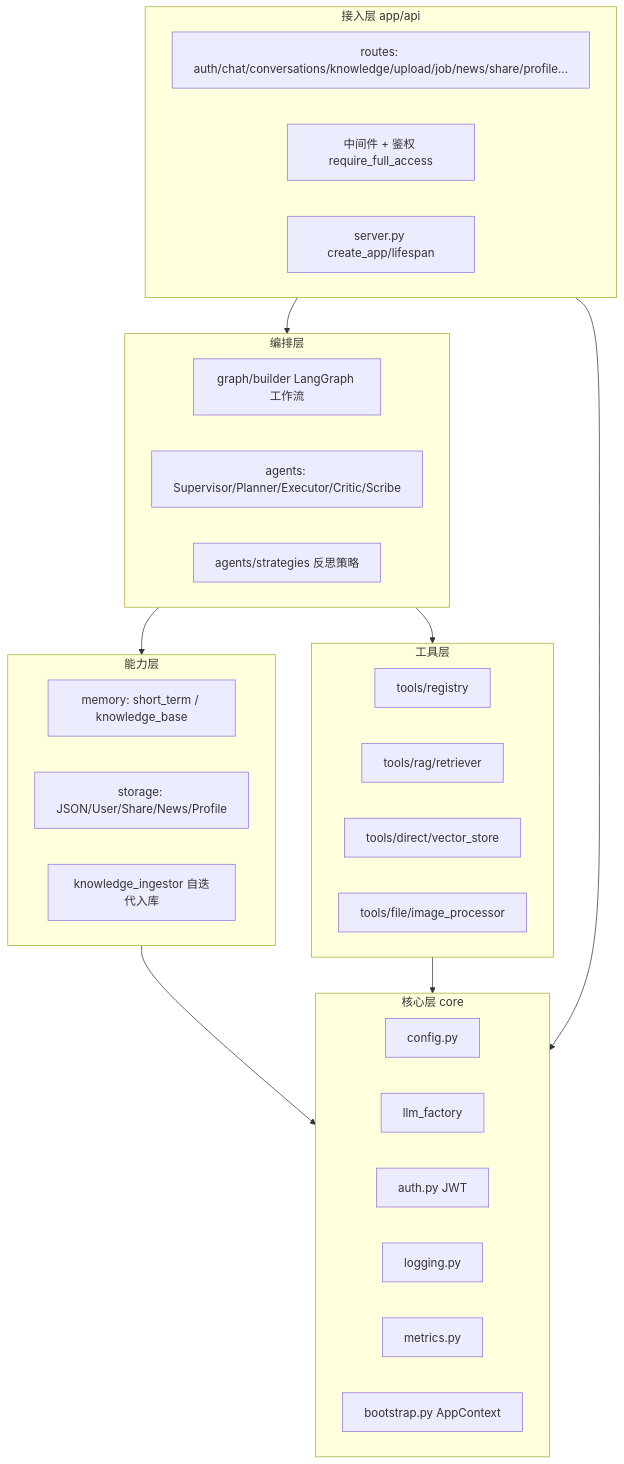
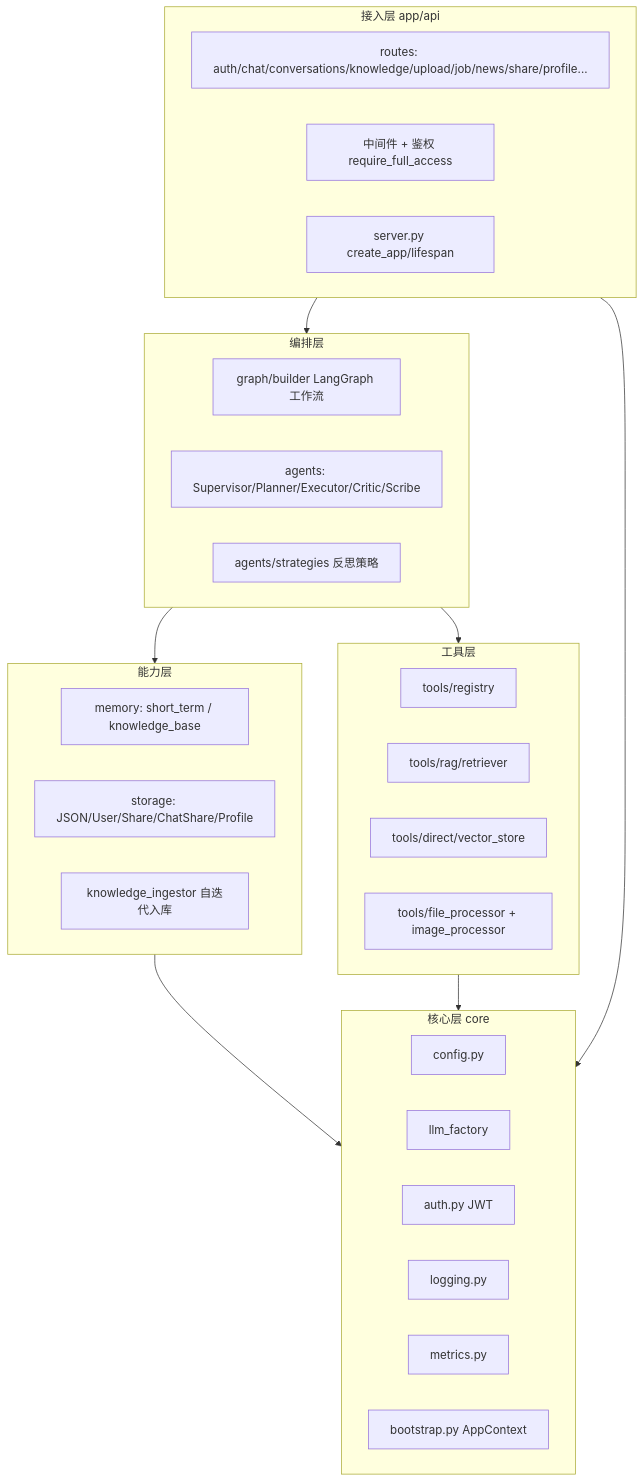
One commit to bozhang1214/SelfEvolvingKnowledgeBase changed the third of 4 diagrams in docs/tech/01-ARCHITECTURE.md. Above: the diagram before and after it, drawn with Mermaid. The commit also changed other lines of this file and 28 other files, not shown here.

````diff
--- a/docs/tech/01-ARCHITECTURE.md
+++ b/docs/tech/01-ARCHITECTURE.md
@@ -88,38 +92,38 @@
 ```mermaid
 flowchart TB
     subgraph API层[接入层 app/api]
         R[routes: auth/chat/conversations/knowledge/upload/job/news/share/profile...]
         MID[中间件 + 鉴权 require_full_access]
         SVR[server.py create_app/lifespan]
     end
     subgraph 编排层[编排层]
         G[graph/builder LangGraph 工作流]
         AG[agents: Supervisor/Planner/Executor/Critic/Scribe]
         ST[agents/strategies 反思策略]
     end
     subgraph 能力层[能力层]
         MEM[memory: short_term / knowledge_base]
-        STO[storage: JSON/User/Share/News/Profile]
+        STO[storage: JSON/User/Share/ChatShare/Profile]
         KIG[knowledge_ingestor 自迭代入库]
     end
     subgraph 工具层[工具层]
         TR[tools/registry]
         RD[tools/rag/retriever]
         VS[tools/direct/vector_store]
-        FP[tools/file/image_processor]
+        FP[tools/file_processor + image_processor]
     end
     subgraph 核心层[核心层 core]
         CFG[config.py]
         LF[llm_factory]
         AUTH[auth.py JWT]
         LOG[logging.py]
         MET[metrics.py]
         BOOT[bootstrap.py AppContext]
     end
     API层 --> 编排层
     编排层 --> 能力层
     编排层 --> 工具层
     能力层 --> 核心层
     工具层 --> 核心层
     API层 --> 核心层
 ```
````
